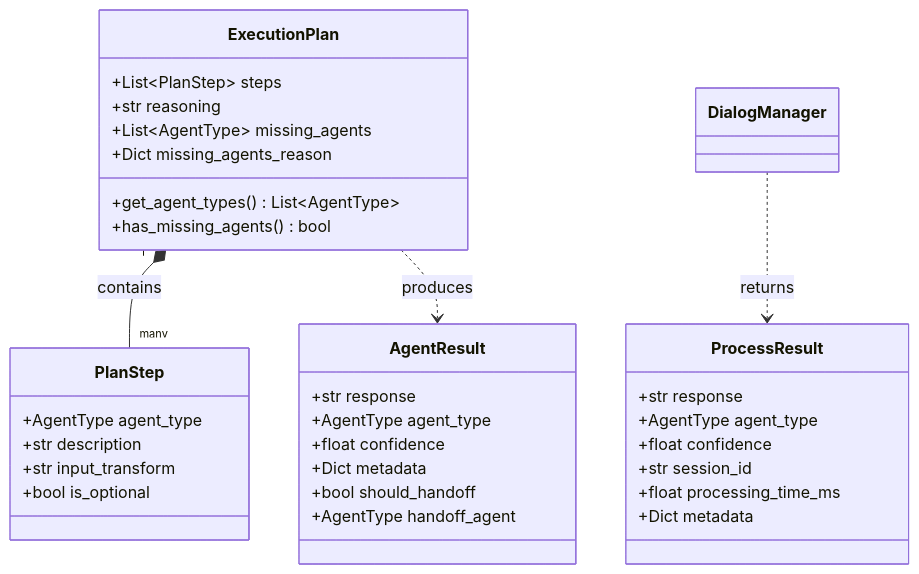
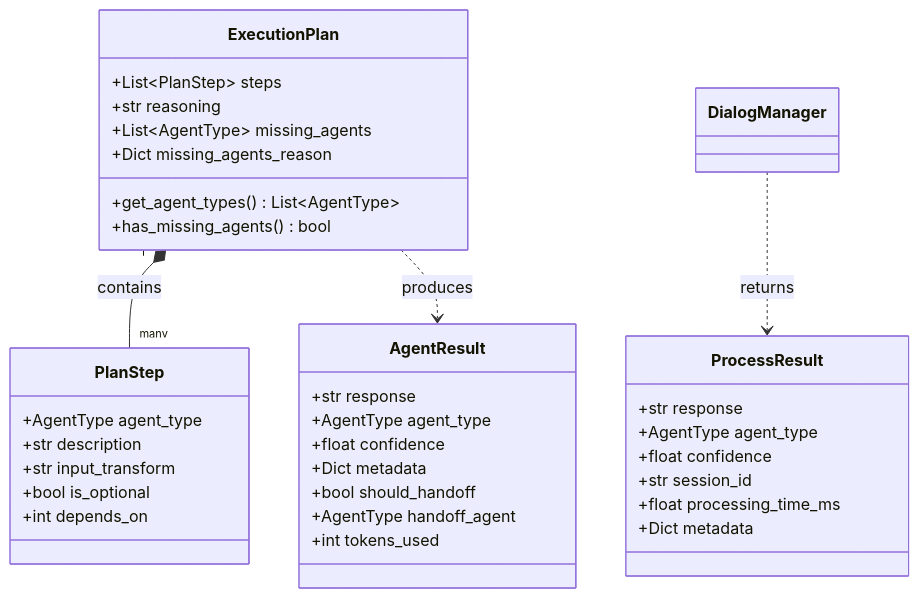
Before and after one commit to finnetrolle/nergal: the fourth of 12 diagrams in docs/AGENT_ARCHITECTURE.md, drawn with Mermaid. The commit also changed other lines of this file and 16 other files, not shown here.

````diff
--- a/docs/AGENT_ARCHITECTURE.md
+++ b/docs/AGENT_ARCHITECTURE.md
@@ -253,40 +274,42 @@
 ```mermaid
 classDiagram
     class ExecutionPlan {
         +List~PlanStep~ steps
         +str reasoning
         +List~AgentType~ missing_agents
         +Dict missing_agents_reason
         +get_agent_types() List~AgentType~
         +has_missing_agents() bool
     }
     
     class PlanStep {
         +AgentType agent_type
         +str description
         +str input_transform
         +bool is_optional
+        +int depends_on
     }
     
     class AgentResult {
         +str response
         +AgentType agent_type
         +float confidence
         +Dict metadata
         +bool should_handoff
         +AgentType handoff_agent
+        +int tokens_used
     }
     
     class ProcessResult {
         +str response
         +AgentType agent_type
         +float confidence
         +str session_id
         +float processing_time_ms
         +Dict metadata
     }
     
     ExecutionPlan "1" *-- "many" PlanStep : contains
     ExecutionPlan ..> AgentResult : produces
     DialogManager ..> ProcessResult : returns
 ```
````
